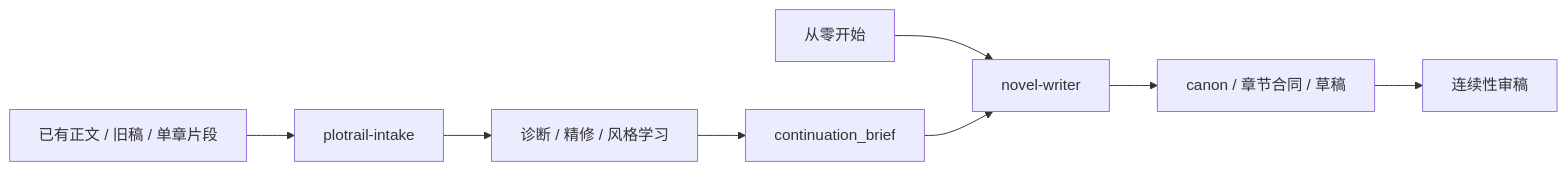
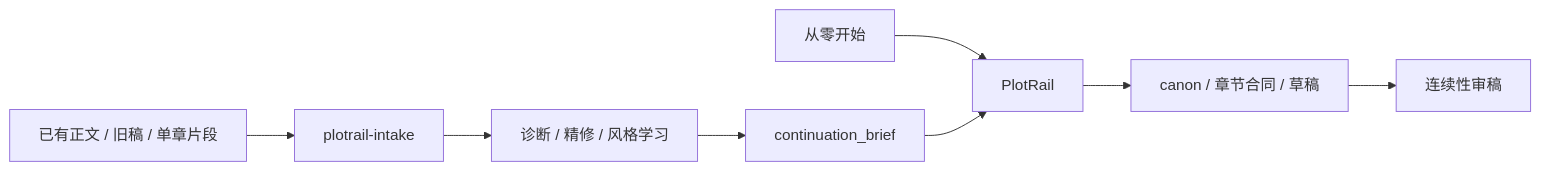
Before and after one commit to waylean/plotrail: the first of 2 diagrams in README.zh-CN.md, drawn with Mermaid. The commit also changed other lines of this file and 18 other files, not shown here.

Commit message:
Replace legacy novel-writer naming with PlotRail

````diff
--- a/README.zh-CN.md
+++ b/README.zh-CN.md
@@ -111,10 +111,10 @@
 ```mermaid
 flowchart LR
-  A["从零开始"] --> B["novel-writer"]
+  A["从零开始"] --> B["PlotRail"]
   B --> C["canon / 章节合同 / 草稿"]
   C --> D["连续性审稿"]
   E["已有正文 / 旧稿 / 单章片段"] --> F["plotrail-intake"]
   F --> G["诊断 / 精修 / 风格学习"]
   G --> H["continuation_brief"]
   H --> B
 ```
````
